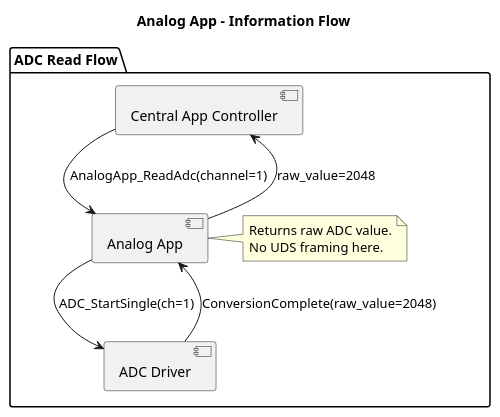
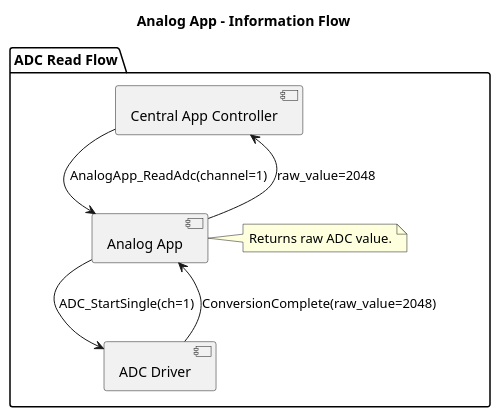
The diagram in 2_architecture/fucntionView/layer3Application/analogApp/informationFlow.puml (LinhTrucVo/Bico_Protocol_Bridge), drawn with PlantUML before and after one commit. The commit also changed 12 other files, not shown here.

```diff
--- a/2_architecture/fucntionView/layer3Application/analogApp/informationFlow.puml
+++ b/2_architecture/fucntionView/layer3Application/analogApp/informationFlow.puml
@@ -1,20 +1,19 @@
 @startuml
 title Analog App - Information Flow
 
 package "ADC Read Flow" {
     component "Central App Controller" as CC1
     component "Analog App" as AA1
     component "ADC Driver" as ADC1
 
     CC1 -down-> AA1 : AnalogApp_ReadAdc(channel=1)
     AA1 -down-> ADC1 : ADC_StartSingle(ch=1)
     ADC1 -up-> AA1 : ConversionComplete(raw_value=2048)
     AA1 -up-> CC1 : raw_value=2048
 
     note right of AA1
         Returns raw ADC value.
-        No UDS framing here.
     end note
 }
 
 @enduml
```
